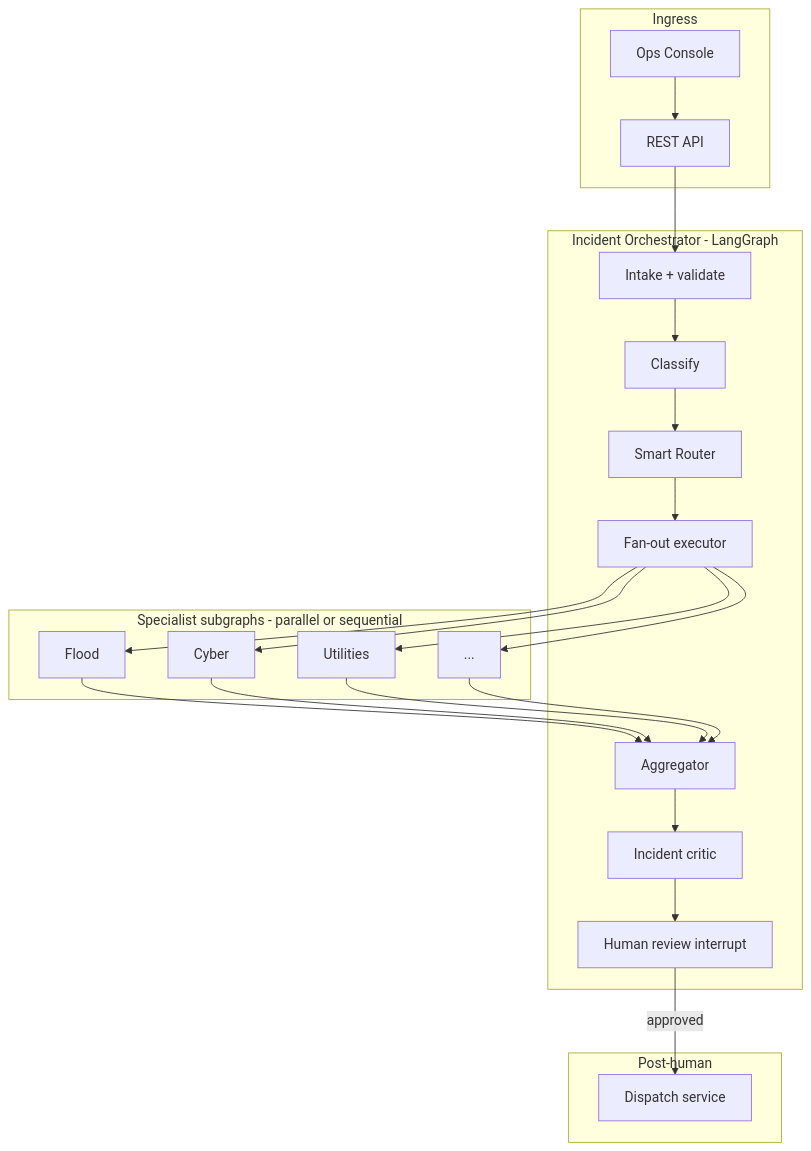
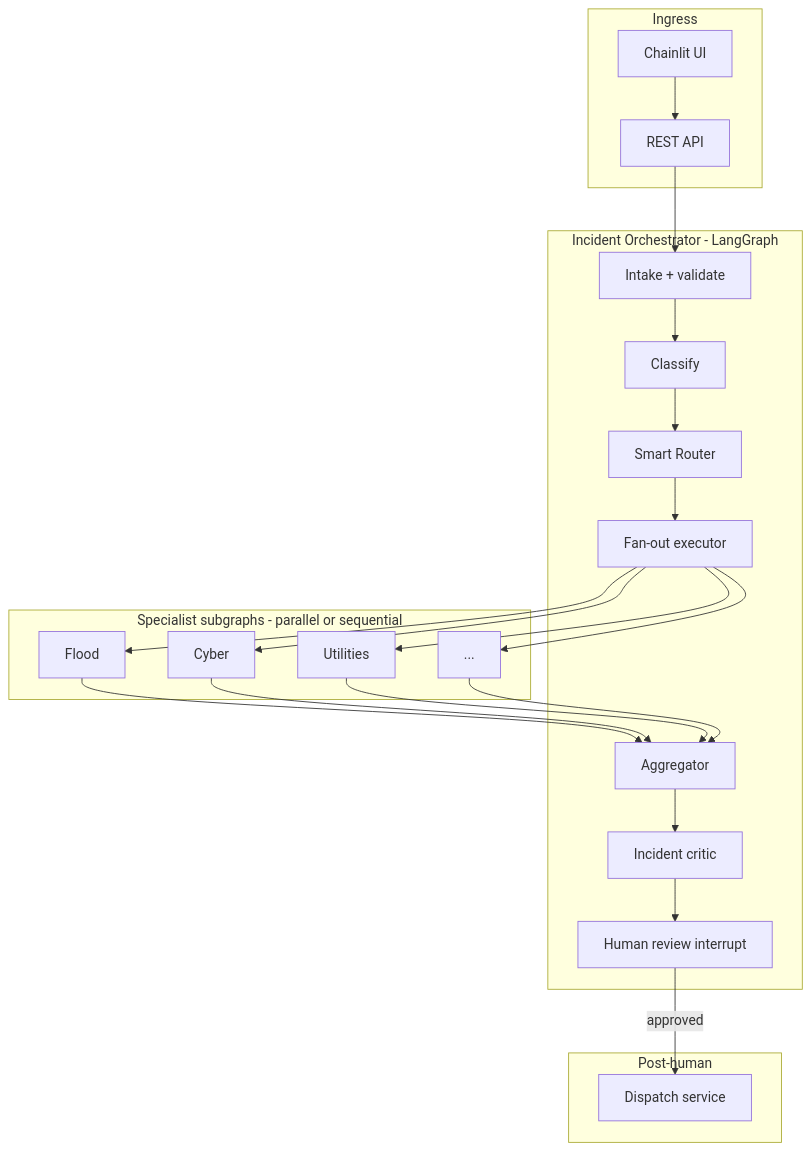
Before and after one commit to Java4all/hkteam: the first of 2 diagrams in docs/TECHNICAL_DESIGN.md, drawn with Mermaid. The commit also changed other lines of this file and 50 other files, not shown here.

````diff
--- a/docs/TECHNICAL_DESIGN.md
+++ b/docs/TECHNICAL_DESIGN.md
@@ -69,33 +87,33 @@
 ```mermaid
 flowchart TB
   subgraph ingress [Ingress]
     API[REST API]
-    UI[Ops Console]
+    UI[Chainlit UI]
   end
 
   subgraph orchestrator [Incident Orchestrator - LangGraph]
     INT[Intake + validate]
     CLS[Classify]
     SR[Smart Router]
     FAN[Fan-out executor]
     AGG[Aggregator]
     CRT[Incident critic]
     HITL[Human review interrupt]
   end
 
   subgraph specialists [Specialist subgraphs - parallel or sequential]
     A1[Flood]
     A2[Cyber]
     A3[Utilities]
     An[...]
   end
 
   subgraph post [Post-human]
     DSP[Dispatch service]
   end
 
   UI --> API --> INT --> CLS --> SR --> FAN
   FAN --> A1 & A2 & A3 & An
   A1 & A2 & A3 & An --> AGG --> CRT --> HITL
   HITL -->|approved| DSP
 ```
````
